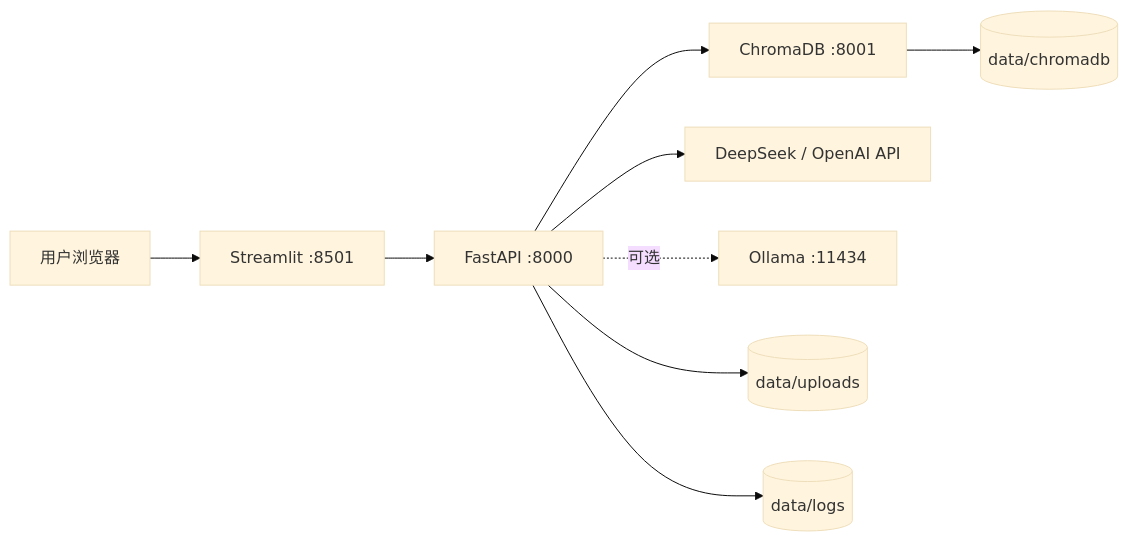
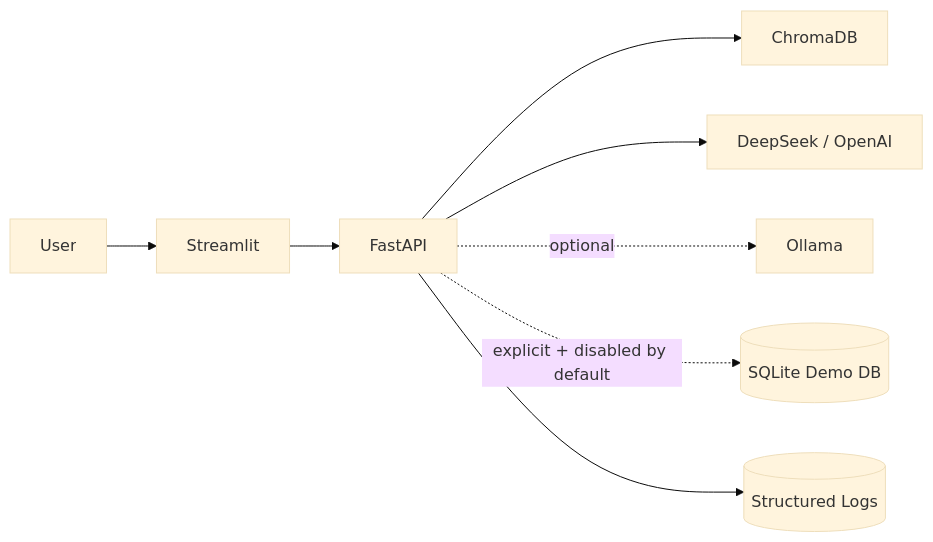
One commit to plutoczm/DataCopilot changed the eighth of 8 diagrams in docs/ARCHITECTURE.md. Above: the diagram before and after it, drawn with Mermaid (base theme). The commit also changed other lines of this file, not shown here.

Commit message:
docs: align architecture with governed execution boundary

````diff
--- a/docs/ARCHITECTURE.md
+++ b/docs/ARCHITECTURE.md
@@ -193,11 +245,10 @@
 ```mermaid
 flowchart LR
-    User[用户浏览器] --> Frontend[Streamlit :8501]
-    Frontend --> Backend[FastAPI :8000]
-    Backend --> Chroma[ChromaDB :8001]
-    Backend --> Cloud[DeepSeek / OpenAI API]
-    Backend -. 可选 .-> Ollama[Ollama :11434]
-    Chroma --> VectorData[(data/chromadb)]
-    Backend --> Files[(data/uploads)]
-    Backend --> Logs[(data/logs)]
+    User --> Frontend[Streamlit]
+    Frontend --> Backend[FastAPI]
+    Backend --> Chroma[ChromaDB]
+    Backend --> Cloud[DeepSeek / OpenAI]
+    Backend -. optional .-> Ollama
+    Backend -. explicit + disabled by default .-> DemoDB[(SQLite Demo DB)]
+    Backend --> Logs[(Structured Logs)]
 ```
````
